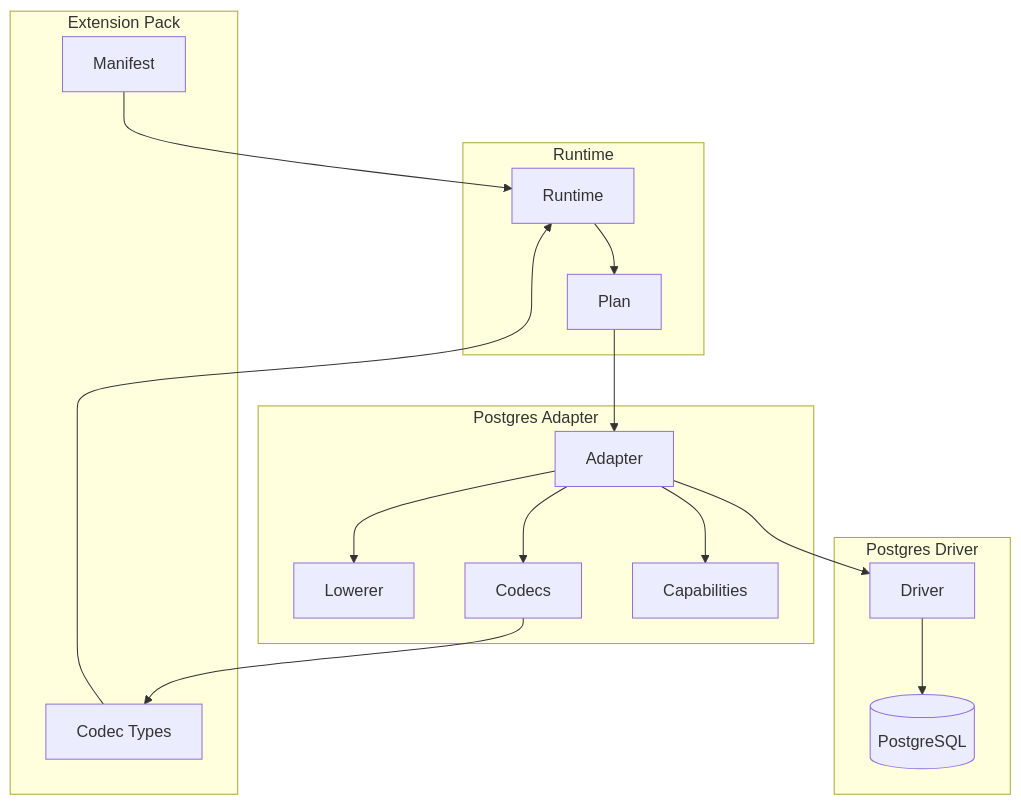
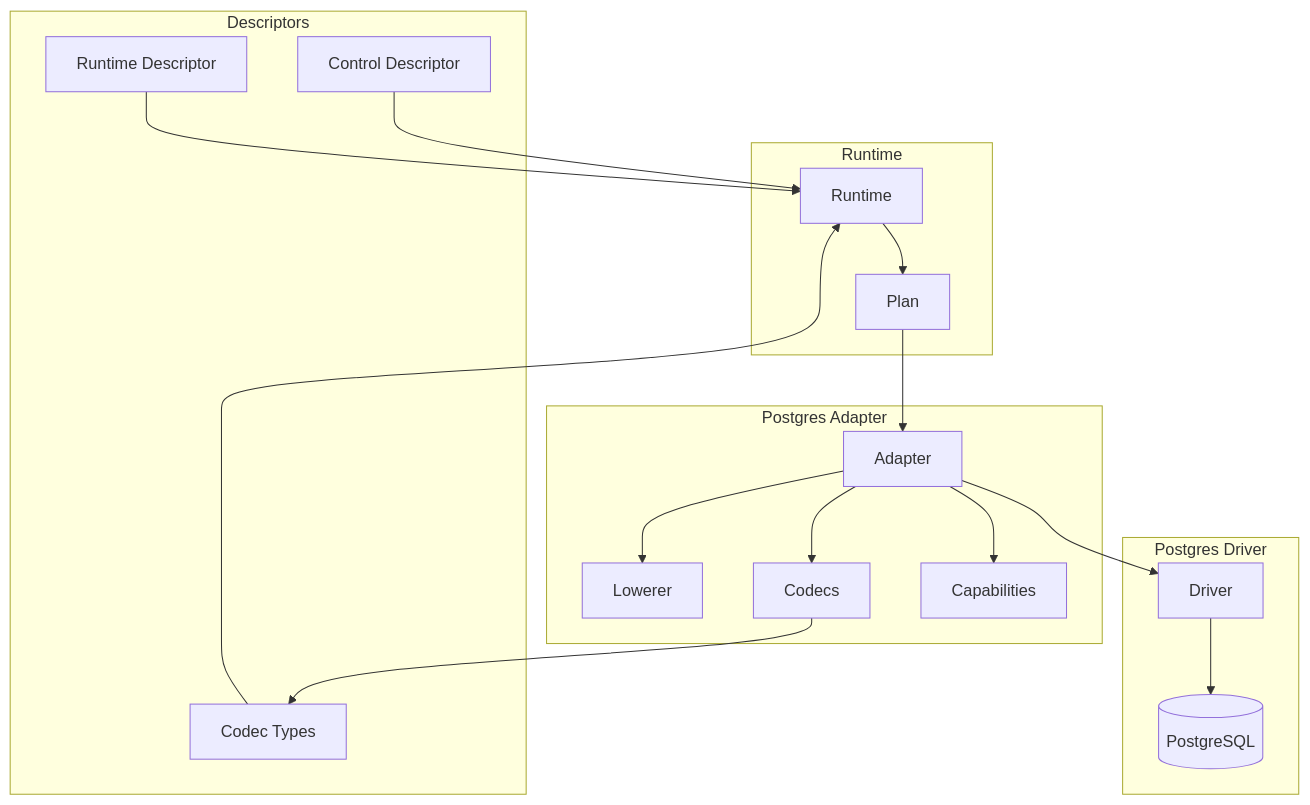
One commit to prisma/prisma-next changed the diagram in packages/3-targets/6-adapters/postgres/README.md. Above: the diagram before and after it, drawn with Mermaid. The commit also changed other lines of this file and 2 other files, not shown here.

````diff
--- a/packages/3-targets/6-adapters/postgres/README.md
+++ b/packages/3-targets/6-adapters/postgres/README.md
@@ -48,35 +46,37 @@
 ```mermaid
 flowchart TD
     subgraph "Runtime"
         RT[Runtime]
         PLAN[Plan]
     end
 
     subgraph "Postgres Adapter"
         ADAPTER[Adapter]
         LOWERER[Lowerer]
         CODECS[Codecs]
         CAPS[Capabilities]
     end
 
     subgraph "Postgres Driver"
         DRIVER[Driver]
         PG[(PostgreSQL)]
     end
 
-    subgraph "Extension Pack"
-        MANIFEST[Manifest]
+    subgraph "Descriptors"
+        CONTROL[Control Descriptor]
+        RUNTIME_DESC[Runtime Descriptor]
         CODECTYPES[Codec Types]
     end
 
     RT --> PLAN
     PLAN --> ADAPTER
     ADAPTER --> LOWERER
     ADAPTER --> CODECS
     ADAPTER --> CAPS
     ADAPTER --> DRIVER
     DRIVER --> PG
-    MANIFEST --> RT
+    CONTROL --> RT
+    RUNTIME_DESC --> RT
     CODECTYPES --> RT
     CODECS --> CODECTYPES
 ```
````
